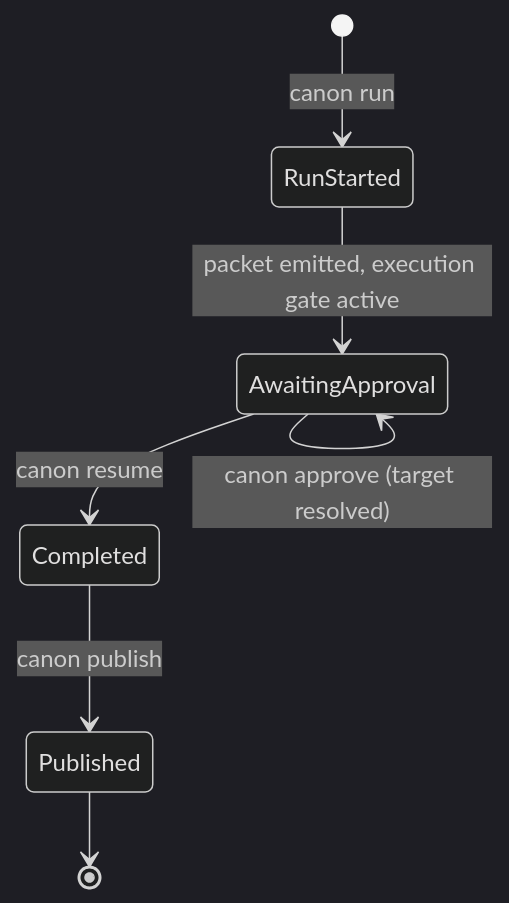
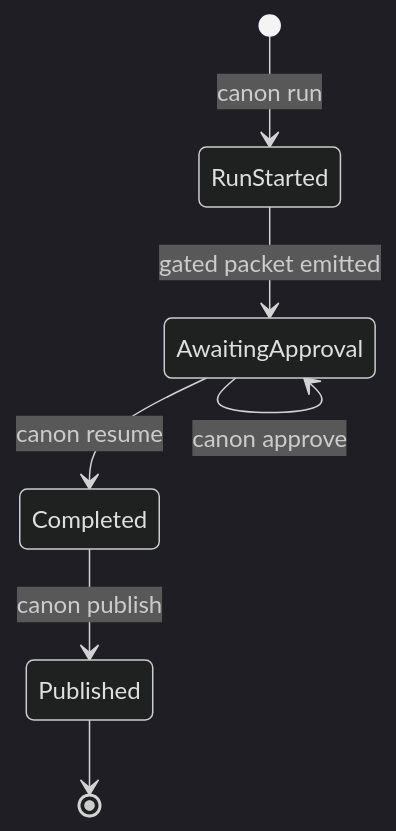
Before and after one commit to apply-the/canon: the sixth of 6 diagrams in docs/guides/modes.md, drawn with Mermaid (dark theme). The commit also changed other lines of this file and 1 other file, not shown here.

````diff
--- a/docs/guides/modes.md
+++ b/docs/guides/modes.md
@@ -356,9 +369,9 @@
 ```mermaid
 stateDiagram-v2
   [*] --> RunStarted: canon run
-  RunStarted --> AwaitingApproval: packet emitted, execution gate active
-  AwaitingApproval --> AwaitingApproval: canon approve (target resolved)
+  RunStarted --> AwaitingApproval: gated packet emitted
+  AwaitingApproval --> AwaitingApproval: canon approve
   AwaitingApproval --> Completed: canon resume
   Completed --> Published: canon publish
   Published --> [*]
 ```
````
